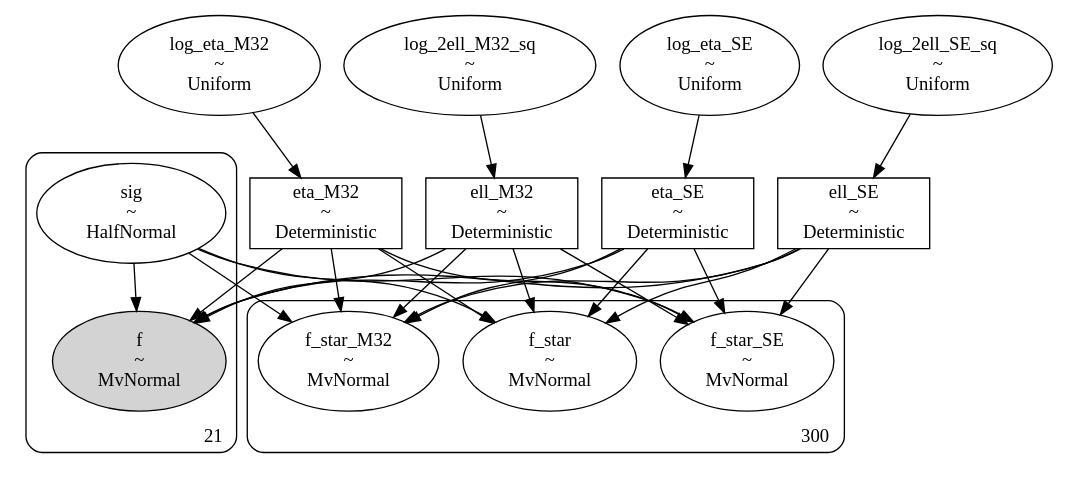
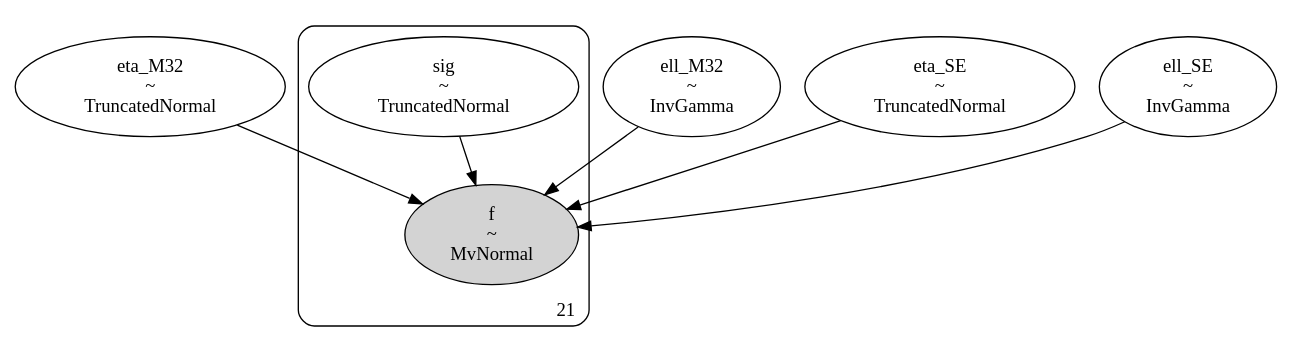
One commit to shihchingfu/gp-sandbox-thunderkat changed the diagram in dags/428_ra236.530_dec-46.922_4U1543TraPDB_andersson_gpSE_gpM32_dag.dot. Above: the diagram before and after it, drawn with Graphviz. The commit also changed 11 other files, not shown here.

```diff
--- a/dags/428_ra236.530_dec-46.922_4U1543TraPDB_andersson_gpSE_gpM32_dag.dot
+++ b/dags/428_ra236.530_dec-46.922_4U1543TraPDB_andersson_gpSE_gpM32_dag.dot
@@ -1,71 +1,28 @@
 digraph {
+	eta_M32 [label="eta_M32
+~
+TruncatedNormal" shape=ellipse]
+	ell_M32 [label="ell_M32
+~
+InvGamma" shape=ellipse]
 	eta_SE [label="eta_SE
 ~
-Deterministic" shape=box]
-	log_2ell_SE_sq [label="log_2ell_SE_sq
-~
-Uniform" shape=ellipse]
+TruncatedNormal" shape=ellipse]
 	ell_SE [label="ell_SE
 ~
-Deterministic" shape=box]
-	log_2ell_M32_sq [label="log_2ell_M32_sq
-~
-Uniform" shape=ellipse]
-	log_eta_M32 [label="log_eta_M32
-~
-Uniform" shape=ellipse]
-	eta_M32 [label="eta_M32
-~
-Deterministic" shape=box]
-	ell_M32 [label="ell_M32
-~
-Deterministic" shape=box]
-	log_eta_SE [label="log_eta_SE
-~
-Uniform" shape=ellipse]
+InvGamma" shape=ellipse]
 	subgraph cluster21 {
 		f [label="f
 ~
 MvNormal" shape=ellipse style=filled]
 		sig [label="sig
 ~
-HalfNormal" shape=ellipse]
+TruncatedNormal" shape=ellipse]
 		label=21 labeljust=r labelloc=b style=rounded
 	}
-	subgraph cluster300 {
-		f_star [label="f_star
-~
-MvNormal" shape=ellipse]
-		f_star_M32 [label="f_star_M32
-~
-MvNormal" shape=ellipse]
-		f_star_SE [label="f_star_SE
-~
-MvNormal" shape=ellipse]
-		label=300 labeljust=r labelloc=b style=rounded
-	}
-	log_2ell_SE_sq -> ell_SE
-	log_eta_SE -> eta_SE
-	log_2ell_M32_sq -> ell_M32
-	log_eta_M32 -> eta_M32
 	eta_SE -> f
 	ell_SE -> f
+	ell_M32 -> f
+	eta_M32 -> f
 	sig -> f
-	eta_M32 -> f
-	ell_M32 -> f
-	eta_SE -> f_star_SE
-	ell_SE -> f_star_SE
-	sig -> f_star_SE
-	eta_M32 -> f_star_SE
-	ell_M32 -> f_star_SE
-	eta_SE -> f_star_M32
-	ell_SE -> f_star_M32
-	sig -> f_star_M32
-	eta_M32 -> f_star_M32
-	ell_M32 -> f_star_M32
-	eta_SE -> f_star
-	ell_SE -> f_star
-	sig -> f_star
-	eta_M32 -> f_star
-	ell_M32 -> f_star
 }
```
